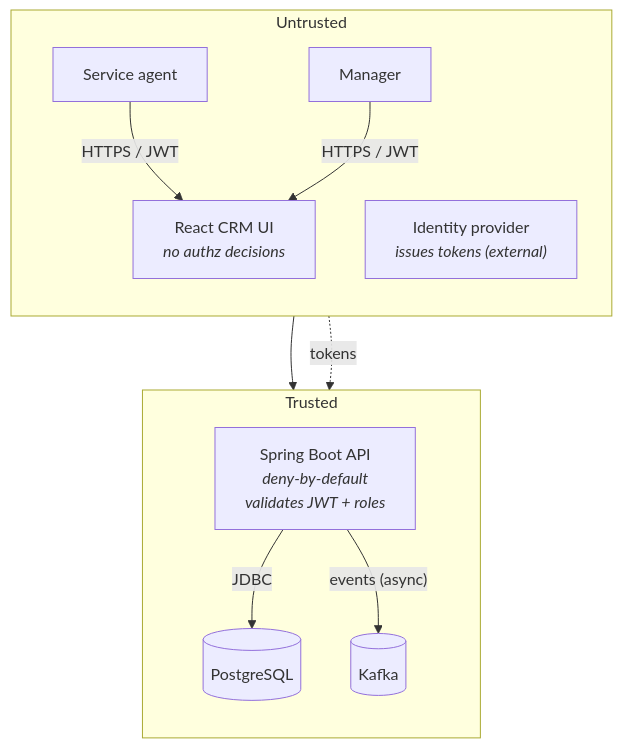
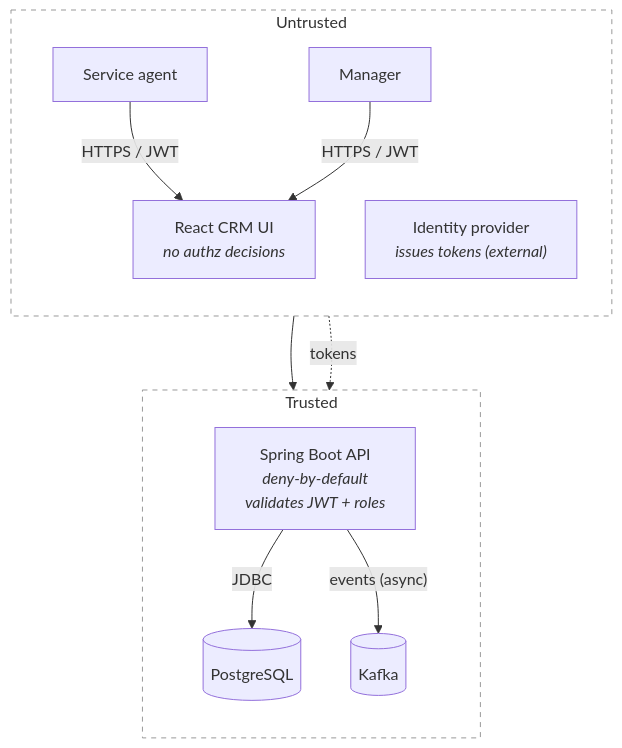
Before and after one commit to Nolan-Thomas/hello-world: the diagram in README.md, drawn with Mermaid.

Commit message:
Modify flowchart formatting in README
Updated the flowchart in the README to include HTML entities for line breaks and non-breaking spaces.

````diff
--- a/README.md
+++ b/README.md
@@ -4,27 +4,29 @@
 ```mermaid
 flowchart TB
-    subgraph UNTRUSTED["Untrusted"]
+    subgraph UNTRUSTED["Untrusted<br/>&nbsp;"]
         direction TB
         SA[Service agent]
         MG[Manager]
         UI["React CRM UI<br/><i>no authz decisions</i>"]
         IDP["Identity provider<br/><i>issues tokens (external)</i>"]
 
         SA -- "HTTPS / JWT" --> UI
         MG -- "HTTPS / JWT" --> UI
     end
 
-    subgraph TRUSTED["Trusted"]
+    subgraph TRUSTED["Trusted<br/>&nbsp;"]
         direction TB
         API["Spring Boot API<br/><i>deny-by-default</i><br/><i>validates JWT + roles</i>"]
         PG[(PostgreSQL)]
         KF[(Kafka)]
 
         API -- "JDBC" --> PG
         API -- "events (async)" --> KF
     end
 
     UI --> API
     IDP -.->|tokens| API
 
+    style UNTRUSTED fill:transparent,stroke:#999,stroke-dasharray: 5 5
+    style TRUSTED fill:transparent,stroke:#999,stroke-dasharray: 5 5
 ```
````
